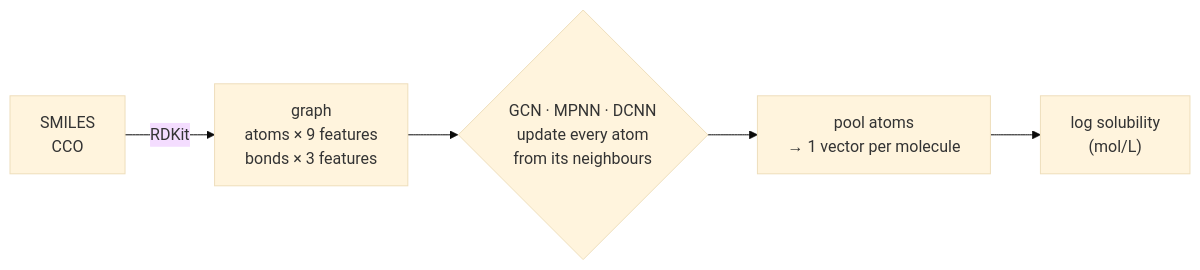
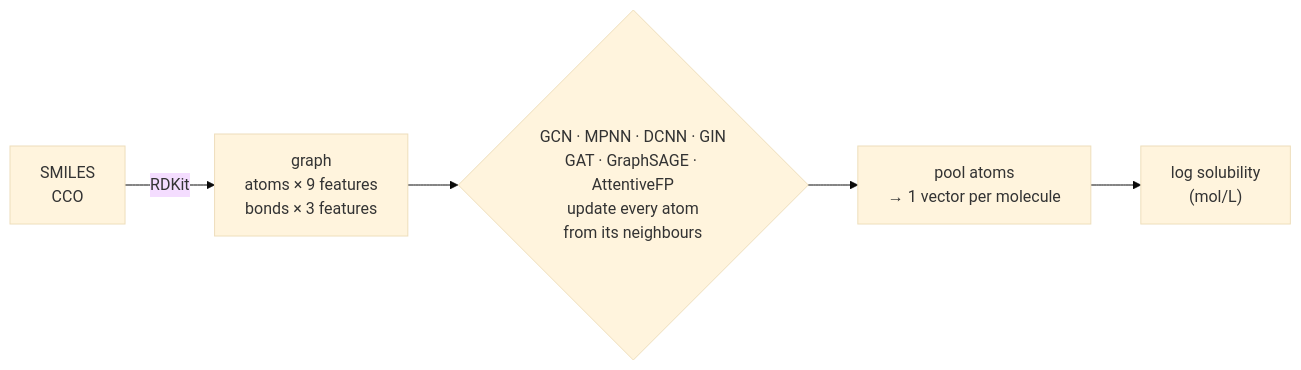
The diagram in README.md (benisalla/gnn-molecular), drawn with Mermaid (base theme) before and after one commit. The commit also changed other lines of this file and 14 other files, not shown here.

First line of the commit message:
Add GIN, GAT (v2), GraphSAGE and AttentiveFP; results for all seven models

````diff
--- a/README.md
+++ b/README.md
@@ -22,7 +25,7 @@
 ```mermaid
 flowchart LR
     S["SMILES<br/>CCO"] -- RDKit --> G["graph<br/>atoms × 9 features<br/>bonds × 3 features"]
-    G --> M{"GCN · MPNN · DCNN<br/>update every atom<br/>from its neighbours"}
+    G --> M{"GCN · MPNN · DCNN · GIN<br/>GAT · GraphSAGE · AttentiveFP<br/>update every atom<br/>from its neighbours"}
     M --> P["pool atoms<br/>→ 1 vector per molecule"]
     P --> Y["log solubility<br/>(mol/L)"]
 ```
````
